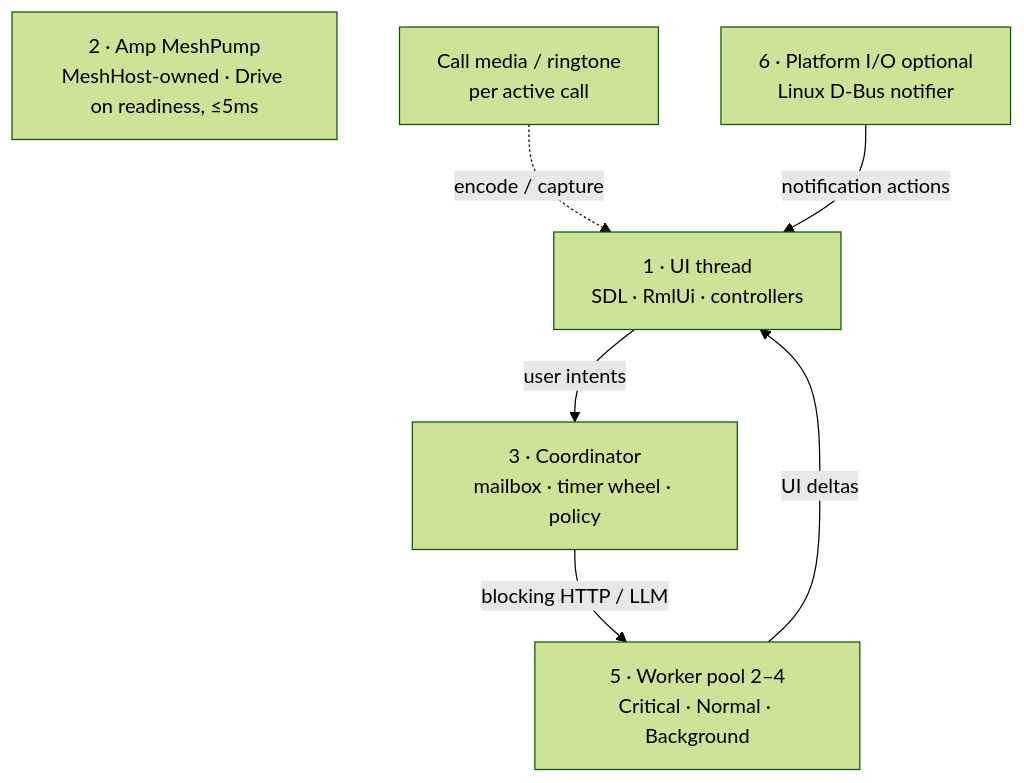
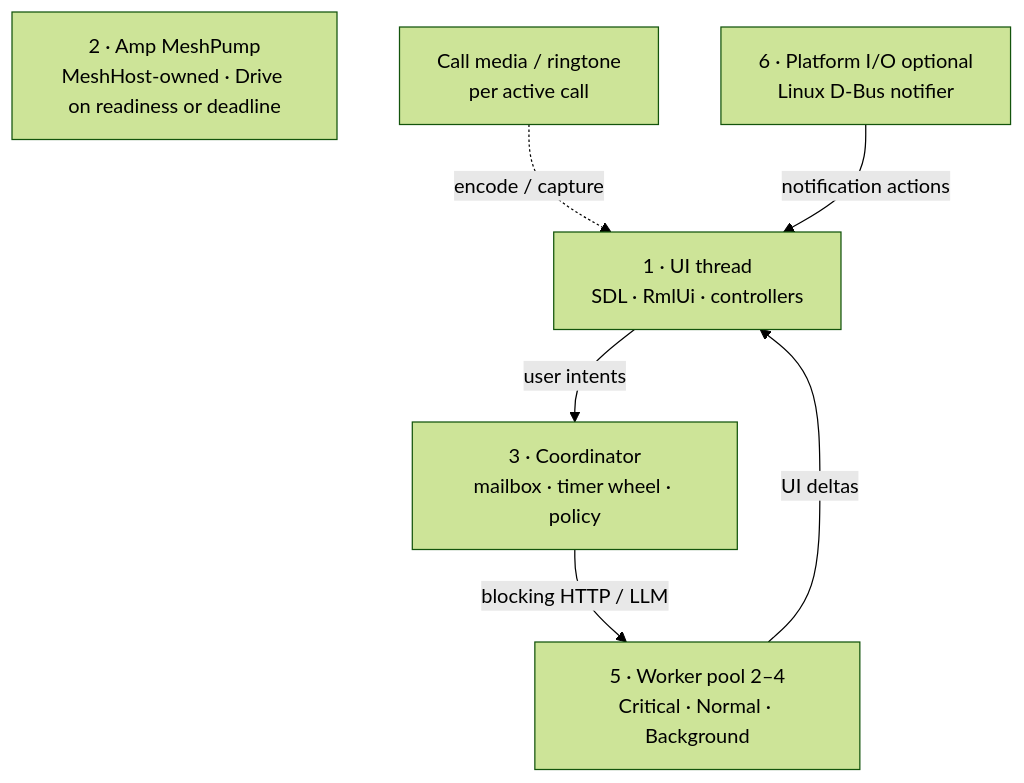
The diagram in docs/architecture/THREADING.md (people-post/pp-browser), drawn with Mermaid (forest theme) before and after one commit. The commit also changed other lines of this file and 6 other files, not shown here.

````diff
--- a/docs/architecture/THREADING.md
+++ b/docs/architecture/THREADING.md
@@ -27,15 +27,15 @@
 ```mermaid
 flowchart TB
   UI["1 · UI thread<br/>SDL · RmlUi · controllers"]
-  Pump["2 · Amp MeshPump<br/>MeshHost-owned · Drive on readiness, ≤5ms"]
+  Pump["2 · Amp MeshPump<br/>MeshHost-owned · Drive on readiness or deadline"]
   Coord["3 · Coordinator<br/>mailbox · timer wheel · policy"]
   Pool["5 · Worker pool 2–4<br/>Critical · Normal · Background"]
   Plat["6 · Platform I/O optional<br/>Linux D-Bus notifier"]
   Media["Call media / ringtone<br/>per active call"]
 
   UI -->|"user intents"| Coord
   Coord -->|"blocking HTTP / LLM"| Pool
   Pool -->|"UI deltas"| UI
   Media -.->|"encode / capture"| UI
   Plat -->|"notification actions"| UI
 ```
````
